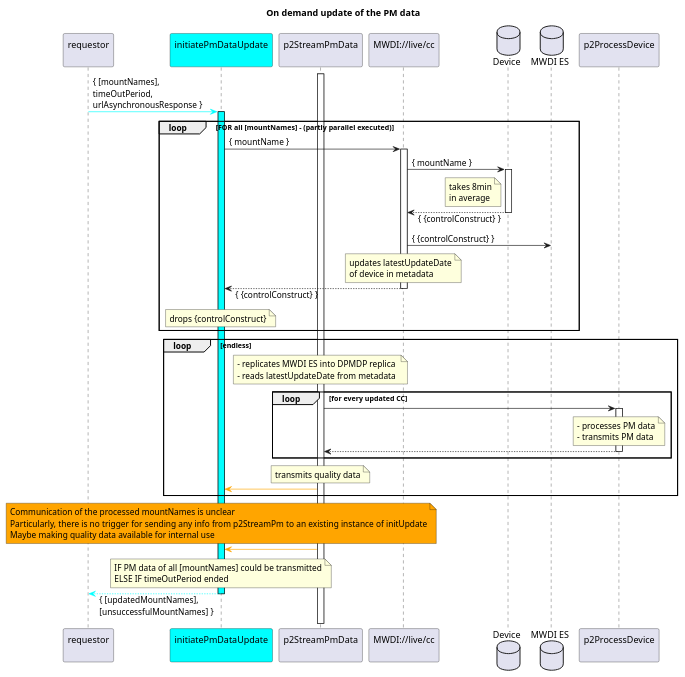
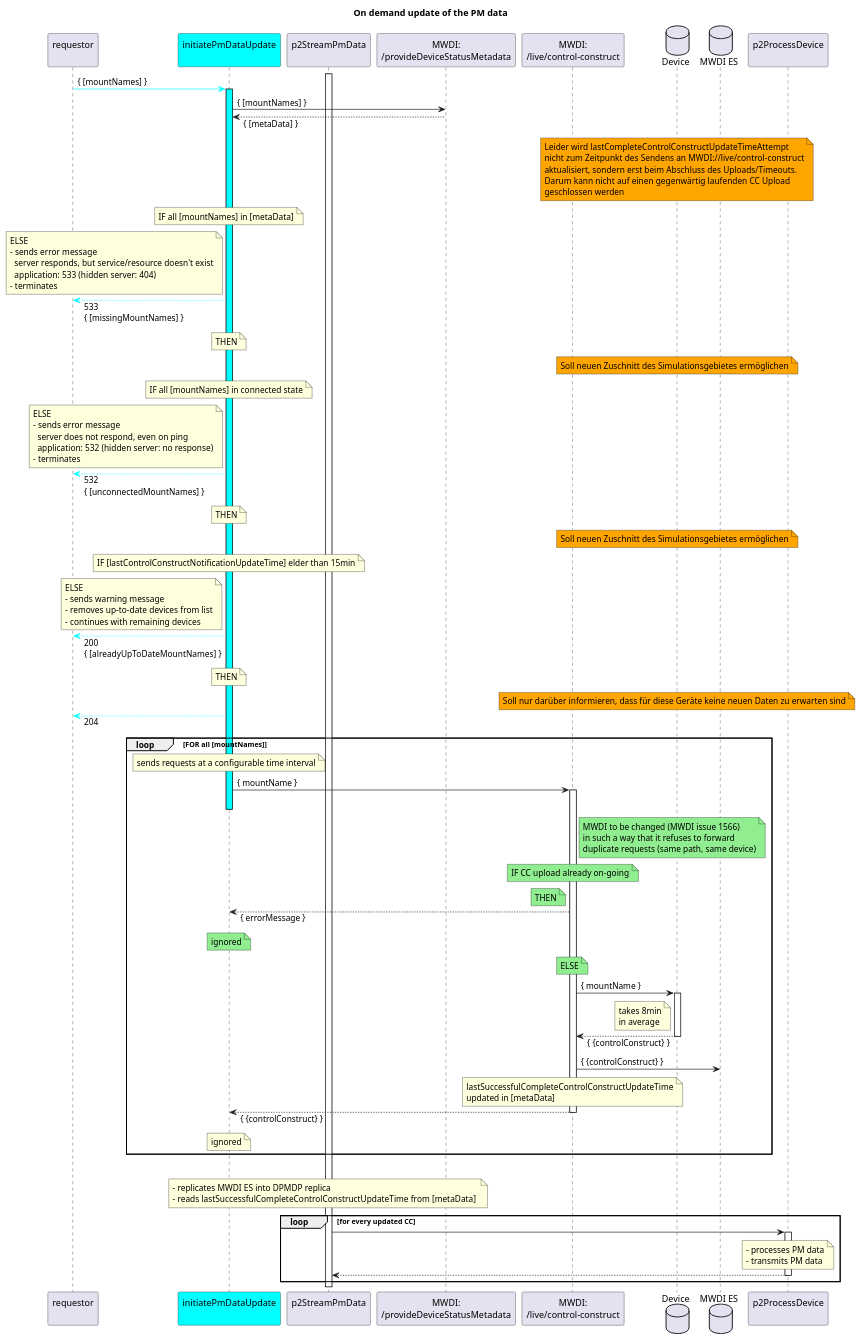
One commit to openBackhaul/DevicePerformanceManagementDataProcessor changed the diagram in spec/additionalDocumentation/onDemandUpdate/diagrams/onDemandUpdate.plantuml. Above: the diagram before and after it, drawn with PlantUML. The commit also changed 8 other files, not shown here.

```diff
--- a/spec/additionalDocumentation/onDemandUpdate/diagrams/onDemandUpdate.plantuml
+++ b/spec/additionalDocumentation/onDemandUpdate/diagrams/onDemandUpdate.plantuml
@@ -1,96 +1,169 @@
 @startuml onDemandUpdate
 skinparam responseMessageBelowArrow true
 
 title
   On demand update of the PM data
 end title
 
 participant "requestor\n" as tool
 participant "initiatePmDataUpdate\n" as initUpdate #Cyan
 participant "p2StreamPmData\n" as p2StreamPm
-participant "MWDI://live/cc\n" as mwdi
+participant "MWDI:\n/provideDeviceStatusMetadata" as mwdiMeta
+participant "MWDI:\n/live/control-construct" as mwdiLive
 database "Device" as device
 database "MWDI ES" as cache
 participant "p2ProcessDevice\n" as p2ProcessPm
 
 activate p2StreamPm
 
-tool -[#Cyan]> initUpdate : { [mountNames],\ntimeOutPeriod,\nurlAsynchronousResponse }
+tool -[#Cyan]> initUpdate : { [mountNames] }
 activate initUpdate #Cyan
 
-  loop FOR all [mountNames] - (partly parallel executed)
+  initUpdate -> mwdiMeta : { [mountNames] }
+  initUpdate <-- mwdiMeta : { [metaData] }
 
-    initUpdate -> mwdi : { mountName }
-    activate mwdi
+  note over device #Orange
+    Leider wird lastCompleteControlConstructUpdateTimeAttempt
+    nicht zum Zeitpunkt des Sendens an MWDI://live/control-construct
+    aktualisiert, sondern erst beim Abschluss des Uploads/Timeouts.
+    Darum kann nicht auf einen gegenwärtig laufenden CC Upload
+    geschlossen werden
+  end note
 
-      mwdi -> device : { mountName }
+  note over initUpdate
+    IF all [mountNames] in [metaData]
+  end note
+  note left initUpdate
+    ELSE
+    - sends error message
+      server responds, but service/resource doesn't exist
+      application: 533 (hidden server: 404)
+    - terminates
+  end note
+  tool <-[#Cyan]- initUpdate : 533\n{ [missingMountNames] }
+  note over initUpdate
+    THEN
+  end note
+  note over device #Orange
+    Soll neuen Zuschnitt des Simulationsgebietes ermöglichen
+  end note
+
+  note over initUpdate
+    IF all [mountNames] in connected state
+  end note
+  note left initUpdate
+    ELSE
+    - sends error message
+      server does not respond, even on ping
+      application: 532 (hidden server: no response)
+    - terminates
+  end note
+  tool <-[#Cyan]- initUpdate : 532\n{ [unconnectedMountNames] }
+  note over initUpdate
+    THEN
+  end note
+  note over device #Orange
+    Soll neuen Zuschnitt des Simulationsgebietes ermöglichen
+  end note
+
+  note over initUpdate
+    IF [lastControlConstructNotificationUpdateTime] elder than 15min
+  end note
+  note left initUpdate
+    ELSE
+    - sends warning message
+    - removes up-to-date devices from list
+    - continues with remaining devices
+  end note
+  tool <-[#Cyan]- initUpdate : 200\n{ [alreadyUpToDateMountNames] }
+  note over initUpdate
+    THEN
+  end note
+  note over device #Orange
+    Soll nur darüber informieren, dass für diese Geräte keine neuen Daten zu erwarten sind
+  end note
+  tool <-[#Cyan]- initUpdate : 204
+
+  loop FOR all [mountNames]
+
+    note over initUpdate
+      sends requests at a configurable time interval
+    end note
+
+    initUpdate -> mwdiLive : { mountName }
+    activate mwdiLive
+
+deactivate initUpdate
+
+      note right mwdiLive #LightGreen
+        MWDI to be changed (MWDI issue 1566)
+        in such a way that it refuses to forward
+        duplicate requests (same path, same device)
+      end note
+
+      note over mwdiLive  #LightGreen
+        IF CC upload already on-going
+      end note
+
+      note left mwdiLive #LightGreen
+        THEN
+      end note
+      initUpdate <-- mwdiLive : { errorMessage }
+      note over initUpdate #LightGreen
+        ignored
+      end note
+
+      note over mwdiLive #LightGreen
+        ELSE
+      end note
+
+      mwdiLive -> device : { mountName }
       activate device
 
           note left device
             takes 8min
             in average
           end note
       
-      mwdi <-- device : { {controlConstruct} }
+      mwdiLive <-- device : { {controlConstruct} }
       deactivate device
 
-      mwdi -> cache : { {controlConstruct} }
+      mwdiLive -> cache : { {controlConstruct} }
 
-      note over mwdi
-        updates latestUpdateDate
-        of device in metadata
+      note over mwdiLive
+        lastSuccessfulCompleteControlConstructUpdateTime
+        updated in [metaData]
       end note
 
-    initUpdate <-- mwdi : { {controlConstruct} }
-    deactivate mwdi
+    initUpdate <-- mwdiLive : { {controlConstruct} }
+    deactivate mwdiLive
 
     note over initUpdate
-      drops {controlConstruct}
+      ignored
     end note
 
   end loop
 
   loop endless
 
     note over p2StreamPm
       - replicates MWDI ES into DPMDP replica
-      - reads latestUpdateDate from metadata 
+      - reads lastSuccessfulCompleteControlConstructUpdateTime from [metaData] 
     end note
 
     loop for every updated CC
 
       p2StreamPm -> p2ProcessPm
       activate p2ProcessPm
 
         note over p2ProcessPm
           - processes PM data
           - transmits PM data
         end note
 
       p2StreamPm <-- p2ProcessPm
       deactivate p2ProcessPm
 
     end loop
 
-    note over p2StreamPm
-      transmits quality data
-    end note
-
-  initUpdate <[#Orange]- p2StreamPm
-  end loop
-  note over initUpdate #Orange
-    Communication of the processed mountNames is unclear
-    Particularly, there is no trigger for sending any info from p2StreamPm to an existing instance of initUpdate
-    Maybe making quality data available for internal use
-  end note
-  initUpdate <[#Orange]- p2StreamPm
-
-note over initUpdate
-  IF PM data of all [mountNames] could be transmitted
-  ELSE IF timeOutPeriod ended
-end note
-
-tool <-[#Cyan]- initUpdate : { [updatedMountNames],\n[unsuccessfulMountNames] }
-deactivate initUpdate
-
 @enduml
```
